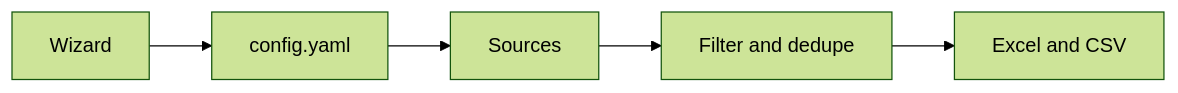
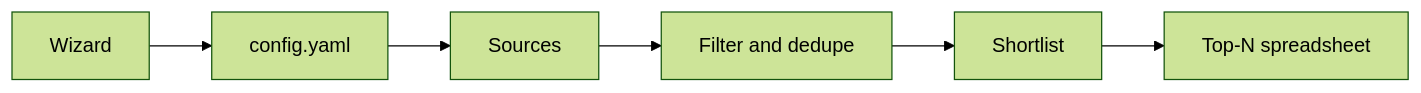
Before and after one commit to Macho-Gaspacho/job-listings-scraper: the diagram in README.md, drawn with Mermaid (forest theme). The commit also changed other lines of this file and 17 other files, not shown here.

````diff
--- a/README.md
+++ b/README.md
@@ -26,7 +26,8 @@
 ```mermaid
 flowchart LR
   wizard[Wizard] --> config[config.yaml]
   config --> sources[Sources]
   sources --> filter[Filter and dedupe]
-  filter --> files[Excel and CSV]
+  filter --> shortlist[Shortlist]
+  shortlist --> files[Top-N spreadsheet]
 ```
````
